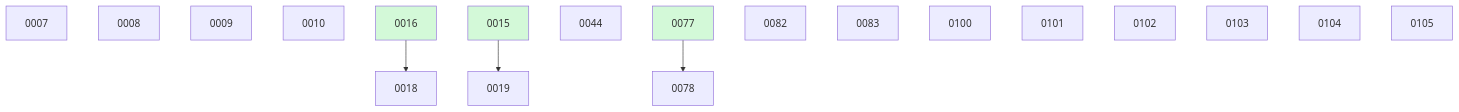
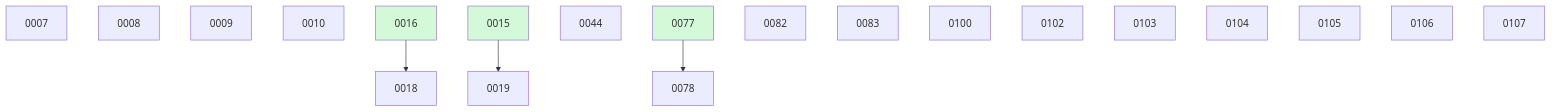
One commit to danielhanold/docket changed the diagram in docs/changes/BOARD.md. Above: the diagram before and after it, drawn with Mermaid. The commit also changed other lines of this file, not shown here.

````diff
--- a/docs/changes/BOARD.md
+++ b/docs/changes/BOARD.md
@@ -36,23 +37,24 @@
 ```mermaid
 graph TD
   0007
   0008
   0009
   0010
   0016 --> 0018
   0015 --> 0019
   0044
   0077 --> 0078
   0082
   0083
   0100
-  0101
   0102
   0103
   0104
   0105
+  0106
+  0107
   0015:::done
   0016:::done
   0077:::done
   classDef done fill:#d3f9d8;
 ```
````
